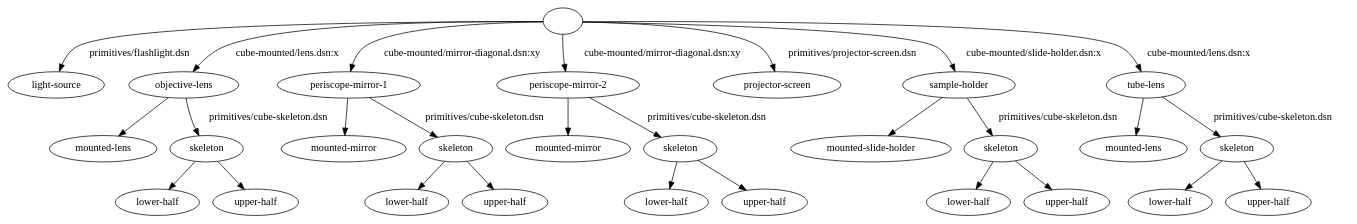
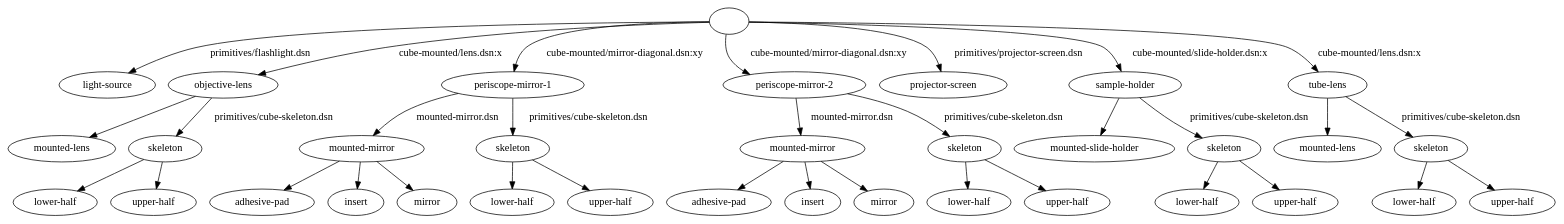
One commit to openUC2/optikit changed the diagram in examples/designs/microscopes/simple-rel-transl-anchors.dsn/_components-graph.dot. Above: the diagram before and after it, drawn with Graphviz. The commit also changed 77 other files, not shown here.

Commit message:
Decompose the diagonal mirror insert into its primitive components

```diff
--- a/examples/designs/microscopes/simple-rel-transl-anchors.dsn/_components-graph.dot
+++ b/examples/designs/microscopes/simple-rel-transl-anchors.dsn/_components-graph.dot
@@ -1,209 +1,253 @@
 strict digraph "" {
-	graph [bb="0,0,1484,286.6"];
+	graph [bb="0,0,1872.5,286.6"];
 	node [label="\N"];
 	edge [label="\E"];
 	""	[height=0.5,
-		pos="615.16,268.6",
+		pos="886.25,268.6",
 		width=0.75];
 	"light-source"	[height=0.5,
 		label="light-source",
-		pos="57.162,179.8",
+		pos="199.25,179.8",
 		width=1.5878];
 	"" -> "light-source"	[key=" -> light-source",
 		label="primitives/flashlight.dsn",
-		lp="149.92,224.2",
-		pos="e,60.603,198.24 587.94,267.41 485.06,266.49 123.74,261.21 81.668,232.6 73.48,227.03 67.955,217.96 64.259,208.96"];
+		lp="366.01,224.2",
+		pos="e,222.35,196.58 859,267.5 758.03,266.89 405.47,262.61 297.76,232.6 274.52,226.12 250.51,213.64 232.02,202.55"];
 	"objective-lens"	[height=0.5,
 		label="objective-lens",
-		pos="200.16,179.8",
+		pos="339.25,179.8",
 		width=1.8111];
 	"" -> "objective-lens"	[key=" -> objective-lens",
 		label="cube-mounted/lens.dsn:x",
-		lp="310.98,224.2",
-		pos="e,208.83,198.1 587.72,267.8 511.8,267.92 300.61,265.23 240.8,232.6 230.3,226.87 221.59,217.17 214.97,207.7"];
+		lp="572.07,224.2",
+		pos="e,376.11,195.08 858.93,267.14 795.56,265.65 633.9,259.3 501.89,232.6 462.23,224.58 418.6,210.37 386.52,198.87"];
 	"periscope-mirror-1"	[height=0.5,
 		label="periscope-mirror-1",
-		pos="379.16,179.8",
+		pos="624.25,179.8",
 		width=2.3324];
 	"" -> "periscope-mirror-1"	[key=" -> periscope-mirror-1",
 		label="cube-mounted/mirror-diagonal.dsn:xy",
-		lp="503.44,224.2",
-		pos="e,380.53,198.28 587.94,266.67 535.95,264.35 425.18,256.64 396.72,232.6 389.76,226.72 385.55,217.97 383.01,209.33"];
+		lp="771.53,224.2",
+		pos="e,633.2,198.08 859.3,265.8 807.74,261.97 697.35,251.74 664.81,232.6 654.58,226.58 645.97,216.92 639.36,207.56"];
 	"periscope-mirror-2"	[height=0.5,
 		label="periscope-mirror-2",
-		pos="629.16,179.8",
+		pos="946.25,179.8",
 		width=2.3324];
 	"" -> "periscope-mirror-2"	[key=" -> periscope-mirror-2",
 		label="cube-mounted/mirror-diagonal.dsn:xy",
-		lp="722.44,224.2",
-		pos="e,621.2,197.89 613.82,250.18 613.42,240.06 613.56,227.11 615.72,215.8 616.16,213.45 616.76,211.06 617.45,208.68"];
+		lp="993.53,224.2",
+		pos="e,907.09,196.11 882.4,250.63 880.9,239.93 880.77,226.23 886.81,215.8 889.7,210.81 893.6,206.46 898.04,202.68"];
 	"projector-screen"	[height=0.5,
 		label="projector-screen",
-		pos="851.16,179.8",
+		pos="1122.3,179.8",
 		width=2.0491];
 	"" -> "projector-screen"	[key=" -> projector-screen",
 		label="primitives/projector-screen.dsn",
-		lp="929.21,224.2",
-		pos="e,848.33,197.87 642.08,266.38 692.91,263.58 800.51,255.09 829.16,232.6 836.73,226.66 841.73,217.63 845.02,208.76"];
+		lp="1200.3,224.2",
+		pos="e,1119.4,197.87 913.17,266.38 964,263.58 1071.6,255.09 1100.3,232.6 1107.8,226.66 1112.8,217.63 1116.1,208.76"];
 	"sample-holder"	[height=0.5,
 		label="sample-holder",
-		pos="1049.2,179.8",
+		pos="1320.3,179.8",
 		width=1.841];
 	"" -> "sample-holder"	[key=" -> sample-holder",
 		label="cube-mounted/slide-holder.dsn:x",
-		lp="1127.7,224.2",
-		pos="e,1044.2,198.25 642.33,266.72 727.96,263.73 988.52,253.03 1020.2,232.6 1028.9,226.97 1035.2,217.77 1039.7,208.67"];
+		lp="1398.8,224.2",
+		pos="e,1315.3,198.25 913.42,266.72 999.06,263.73 1259.6,253.03 1291.3,232.6 1300,226.97 1306.3,217.77 1310.8,208.67"];
 	"tube-lens"	[height=0.5,
 		label="tube-lens",
-		pos="1257.2,179.8",
+		pos="1586.3,179.8",
 		width=1.2898];
 	"" -> "tube-lens"	[key=" -> tube-lens",
 		label="cube-mounted/lens.dsn:x",
-		lp="1310.9,224.2",
-		pos="e,1251.1,197.91 642.61,267.48 754.61,266.8 1173.6,262.27 1224.2,232.6 1233.7,227.03 1240.9,217.54 1246.1,208.19"];
+		lp="1602.3,224.2",
+		pos="e,1565.5,196.36 913.42,267.68 1016.6,267.72 1383.9,265.51 1495.3,232.6 1517,226.18 1539.1,213.75 1556.1,202.67"];
 	"objective-lens/mounted-lens"	[height=0.5,
 		label="mounted-lens",
-		pos="94.162,91",
+		pos="71.253,91",
 		width=1.7667];
 	"objective-lens" -> "objective-lens/mounted-lens"	[key="objective-lens -> objective-lens/mounted-lens",
 		label="",
-		pos="e,114.37,108.55 180.22,162.47 164.04,149.22 141.01,130.36 122.85,115.49"];
+		pos="e,112.15,105.25 297.97,165.43 250.91,150.19 173.93,125.26 122.93,108.74"];
 	"objective-lens/skeleton"	[height=0.5,
 		label=skeleton,
-		pos="219.16,91",
+		pos="196.25,91",
 		width=1.2005];
 	"objective-lens" -> "objective-lens/skeleton"	[key="objective-lens -> objective-lens/skeleton",
 		label="primitives/cube-skeleton.dsn",
-		lp="283.48,135.4",
-		pos="e,209.63,108.96 199.4,161.76 199.34,151.54 199.98,138.36 202.81,127 203.43,124.51 204.22,121.99 205.13,119.5"];
+		lp="358.58,135.4",
+		pos="e,218.95,106.8 311.3,163.22 300.77,157.25 288.72,150.31 277.9,143.8 261.38,133.86 243.25,122.41 228.28,112.81"];
 	"objective-lens/skeleton/lower-half"	[height=0.5,
 		label="lower-half",
-		pos="158.16,18",
+		pos="51.253,18",
 		width=1.4237];
 	"objective-lens/skeleton" -> "objective-lens/skeleton/lower-half"	[key="objective-lens/skeleton -> objective-lens/skeleton/lower-half",
 		label="",
-		pos="e,172.23,35.378 205.01,73.533 197.47,64.751 188.03,53.763 179.6,43.956"];
+		pos="e,80.395,33.269 168.98,76.645 146.87,65.82 115.42,50.419 90.586,38.259"];
 	"objective-lens/skeleton/upper-half"	[height=0.5,
 		label="upper-half",
-		pos="279.16,18",
+		pos="172.25,18",
 		width=1.4237];
 	"objective-lens/skeleton" -> "objective-lens/skeleton/upper-half"	[key="objective-lens/skeleton -> objective-lens/skeleton/upper-half",
 		label="",
-		pos="e,265.32,35.378 233.08,73.533 240.5,64.751 249.78,53.763 258.07,43.956"];
+		pos="e,178.01,36.029 190.44,72.813 187.79,64.964 184.58,55.47 181.6,46.656"];
 	"periscope-mirror-1/mounted-mirror"	[height=0.5,
 		label="mounted-mirror",
-		pos="361.16,91",
+		pos="429.25,91",
 		width=2.0199];
 	"periscope-mirror-1" -> "periscope-mirror-1/mounted-mirror"	[key="periscope-mirror-1 -> periscope-mirror-1/mounted-mirror",
-		label="",
-		pos="e,364.77,109.41 375.61,161.65 373.18,149.96 369.91,134.19 367.1,120.62"];
+		label="mounted-mirror.dsn",
+		lp="564.07,135.4",
+		pos="e,450.61,108.54 569.45,165.85 549.59,160.25 527.28,152.87 507.88,143.8 491.16,135.98 473.89,124.98 459.81,115.12"];
 	"periscope-mirror-1/skeleton"	[height=0.5,
 		label=skeleton,
-		pos="495.16,91",
+		pos="624.25,91",
 		width=1.2005];
 	"periscope-mirror-1" -> "periscope-mirror-1/skeleton"	[key="periscope-mirror-1 -> periscope-mirror-1/skeleton",
 		label="primitives/cube-skeleton.dsn",
-		lp="528.23,135.4",
-		pos="e,474.81,107.23 401.53,162.06 419.83,148.37 445.86,128.89 465.83,113.95"];
+		lp="704.93,135.4",
+		pos="e,624.25,109.41 624.25,161.65 624.25,149.96 624.25,134.19 624.25,120.62"];
+	"periscope-mirror-1/mounted-mirror/adhesive-pad"	[height=0.5,
+		label="adhesive-pad",
+		pos="303.25,18",
+		width=1.7217];
+	"periscope-mirror-1/mounted-mirror" -> "periscope-mirror-1/mounted-mirror/adhesive-pad"	[key="periscope-mirror-1/mounted-mirror -> periscope-mirror-1/mounted-mirror/adhesive-pad",
+		label="",
+		pos="e,330.57,34.393 400.98,74.066 383.14,64.016 359.9,50.923 340.57,40.025"];
+	"periscope-mirror-1/mounted-mirror/insert"	[height=0.5,
+		label=insert,
+		pos="415.25,18",
+		width=0.90253];
+	"periscope-mirror-1/mounted-mirror" -> "periscope-mirror-1/mounted-mirror/insert"	[key="periscope-mirror-1/mounted-mirror -> periscope-mirror-1/mounted-mirror/insert",
+		label="",
+		pos="e,418.61,36.029 425.86,72.813 424.35,65.138 422.53,55.891 420.82,47.244"];
+	"periscope-mirror-1/mounted-mirror/mirror"	[height=0.5,
+		label=mirror,
+		pos="501.25,18",
+		width=0.99186];
+	"periscope-mirror-1/mounted-mirror" -> "periscope-mirror-1/mounted-mirror/mirror"	[key="periscope-mirror-1/mounted-mirror -> periscope-mirror-1/mounted-mirror/mirror",
+		label="",
+		pos="e,485.79,34.253 446.32,73.174 455.67,63.947 467.42,52.368 477.64,42.286"];
 	"periscope-mirror-1/skeleton/lower-half"	[height=0.5,
 		label="lower-half",
-		pos="448.16,18",
+		pos="606.25,18",
 		width=1.4237];
 	"periscope-mirror-1/skeleton" -> "periscope-mirror-1/skeleton/lower-half"	[key="periscope-mirror-1/skeleton -> periscope-mirror-1/skeleton/lower-half",
 		label="",
-		pos="e,459.22,35.705 484.02,73.174 478.46,64.774 471.61,54.424 465.39,45.029"];
+		pos="e,610.57,36.029 619.9,72.813 617.93,65.051 615.55,55.681 613.34,46.95"];
 	"periscope-mirror-1/skeleton/upper-half"	[height=0.5,
 		label="upper-half",
-		pos="569.16,18",
+		pos="727.25,18",
 		width=1.4237];
 	"periscope-mirror-1/skeleton" -> "periscope-mirror-1/skeleton/upper-half"	[key="periscope-mirror-1/skeleton -> periscope-mirror-1/skeleton/upper-half",
 		label="",
-		pos="e,552.01,35.453 511.58,74.243 521.06,65.152 533.17,53.529 543.84,43.292"];
+		pos="e,704.87,34.429 645.6,75.289 660.08,65.306 679.47,51.938 695.72,40.734"];
 	"periscope-mirror-2/mounted-mirror"	[height=0.5,
 		label="mounted-mirror",
-		pos="629.16,91",
+		pos="967.25,91",
 		width=2.0199];
 	"periscope-mirror-2" -> "periscope-mirror-2/mounted-mirror"	[key="periscope-mirror-2 -> periscope-mirror-2/mounted-mirror",
-		label="",
-		pos="e,629.16,109.41 629.16,161.65 629.16,149.96 629.16,134.19 629.16,120.62"];
+		label="mounted-mirror.dsn",
+		lp="1014.8,135.4",
+		pos="e,963.04,109.41 950.4,161.65 953.26,149.84 957.12,133.87 960.43,120.21"];
 	"periscope-mirror-2/skeleton"	[height=0.5,
 		label=skeleton,
-		pos="763.16,91",
+		pos="1151.3,91",
 		width=1.2005];
 	"periscope-mirror-2" -> "periscope-mirror-2/skeleton"	[key="periscope-mirror-2 -> periscope-mirror-2/skeleton",
 		label="primitives/cube-skeleton.dsn",
-		lp="788.84,135.4",
-		pos="e,740.41,106.73 654.68,162.27 676.34,148.24 707.54,128.03 730.92,112.88"];
+		lp="1184.5,135.4",
+		pos="e,1132.3,107.55 1006.5,166.87 1028.7,161.34 1053.6,153.75 1075.3,143.8 1092.2,135.98 1109.6,124.49 1123.4,114.32"];
+	"periscope-mirror-2/mounted-mirror/adhesive-pad"	[height=0.5,
+		label="adhesive-pad",
+		pos="858.25,18",
+		width=1.7217];
+	"periscope-mirror-2/mounted-mirror" -> "periscope-mirror-2/mounted-mirror/adhesive-pad"	[key="periscope-mirror-2/mounted-mirror -> periscope-mirror-2/mounted-mirror/adhesive-pad",
+		label="",
+		pos="e,882.77,34.968 942.25,73.711 927.46,64.082 908.54,51.755 892.4,41.241"];
+	"periscope-mirror-2/mounted-mirror/insert"	[height=0.5,
+		label=insert,
+		pos="970.25,18",
+		width=0.90253];
+	"periscope-mirror-2/mounted-mirror" -> "periscope-mirror-2/mounted-mirror/insert"	[key="periscope-mirror-2/mounted-mirror -> periscope-mirror-2/mounted-mirror/insert",
+		label="",
+		pos="e,969.53,36.029 967.98,72.813 968.3,65.138 968.69,55.891 969.06,47.244"];
+	"periscope-mirror-2/mounted-mirror/mirror"	[height=0.5,
+		label=mirror,
+		pos="1056.3,18",
+		width=0.99186];
+	"periscope-mirror-2/mounted-mirror" -> "periscope-mirror-2/mounted-mirror/mirror"	[key="periscope-mirror-2/mounted-mirror -> periscope-mirror-2/mounted-mirror/mirror",
+		label="",
+		pos="e,1037.8,33.69 987.9,73.533 1000.2,63.747 1015.9,51.222 1029.1,40.644"];
 	"periscope-mirror-2/skeleton/lower-half"	[height=0.5,
 		label="lower-half",
-		pos="748.16,18",
+		pos="1161.3,18",
 		width=1.4237];
 	"periscope-mirror-2/skeleton" -> "periscope-mirror-2/skeleton/lower-half"	[key="periscope-mirror-2/skeleton -> periscope-mirror-2/skeleton/lower-half",
 		label="",
-		pos="e,751.76,36.029 759.53,72.813 757.91,65.138 755.96,55.891 754.13,47.244"];
+		pos="e,1158.9,36.029 1153.7,72.813 1154.8,65.138 1156.1,55.891 1157.3,47.244"];
 	"periscope-mirror-2/skeleton/upper-half"	[height=0.5,
 		label="upper-half",
-		pos="869.16,18",
+		pos="1282.3,18",
 		width=1.4237];
 	"periscope-mirror-2/skeleton" -> "periscope-mirror-2/skeleton/upper-half"	[key="periscope-mirror-2/skeleton -> periscope-mirror-2/skeleton/upper-half",
 		label="",
-		pos="e,846.24,34.355 785.38,75.116 800.3,65.122 820.2,51.793 836.86,40.633"];
+		pos="e,1255.4,33.555 1176.8,76.142 1196.4,65.551 1223.6,50.804 1245.5,38.945"];
 	"sample-holder/mounted-slide-holder"	[height=0.5,
 		label="mounted-slide-holder",
-		pos="955.16,91",
+		pos="1306.3,91",
 		width=2.6159];
 	"sample-holder" -> "sample-holder/mounted-slide-holder"	[key="sample-holder -> sample-holder/mounted-slide-holder",
 		label="",
-		pos="e,973.55,108.98 1031,162.06 1017.1,149.18 997.58,131.17 981.85,116.64"];
+		pos="e,1309.1,109.41 1317.5,161.65 1315.6,149.96 1313.1,134.19 1310.9,120.62"];
 	"sample-holder/skeleton"	[height=0.5,
 		label=skeleton,
-		pos="1110.2,91",
+		pos="1461.3,91",
 		width=1.2005];
 	"sample-holder" -> "sample-holder/skeleton"	[key="sample-holder -> sample-holder/skeleton",
 		label="primitives/cube-skeleton.dsn",
-		lp="1164.5,135.4",
-		pos="e,1097.4,108.59 1060.2,161.84 1066.9,151.65 1075.7,138.47 1083.8,127 1086,123.96 1088.3,120.8 1090.6,117.68"];
+		lp="1484.1,135.4",
+		pos="e,1437.9,106.38 1346.1,162.88 1369.2,148.68 1403.1,127.83 1428.1,112.41"];
 	"sample-holder/skeleton/lower-half"	[height=0.5,
 		label="lower-half",
-		pos="997.16,18",
+		pos="1437.3,18",
 		width=1.4237];
 	"sample-holder/skeleton" -> "sample-holder/skeleton/lower-half"	[key="sample-holder/skeleton -> sample-holder/skeleton/lower-half",
 		label="",
-		pos="e,1021.4,34.256 1087,75.461 1070.9,65.328 1049.1,51.647 1031,40.289"];
+		pos="e,1443,36.029 1455.4,72.813 1452.8,64.964 1449.6,55.47 1446.6,46.656"];
 	"sample-holder/skeleton/upper-half"	[height=0.5,
 		label="upper-half",
-		pos="1118.2,18",
+		pos="1558.3,18",
 		width=1.4237];
 	"sample-holder/skeleton" -> "sample-holder/skeleton/upper-half"	[key="sample-holder/skeleton -> sample-holder/skeleton/upper-half",
 		label="",
-		pos="e,1116.2,36.029 1112.1,72.813 1113,65.138 1114,55.891 1115,47.244"];
+		pos="e,1536.7,34.774 1481.8,74.943 1495.2,65.167 1512.8,52.254 1527.8,41.297"];
 	"tube-lens/mounted-lens"	[height=0.5,
 		label="mounted-lens",
-		pos="1243.2,91",
+		pos="1586.3,91",
 		width=1.7667];
 	"tube-lens" -> "tube-lens/mounted-lens"	[key="tube-lens -> tube-lens/mounted-lens",
 		label="",
-		pos="e,1246,109.41 1254.4,161.65 1252.5,149.96 1250,134.19 1247.8,120.62"];
+		pos="e,1586.3,109.41 1586.3,161.65 1586.3,149.96 1586.3,134.19 1586.3,120.62"];
 	"tube-lens/skeleton"	[height=0.5,
 		label=skeleton,
-		pos="1368.2,91",
+		pos="1711.3,91",
 		width=1.2005];
 	"tube-lens" -> "tube-lens/skeleton"	[key="tube-lens -> tube-lens/skeleton",
 		label="primitives/cube-skeleton.dsn",
-		lp="1403.3,135.4",
-		pos="e,1348.5,107.38 1277,163.28 1294.4,149.64 1320,129.63 1339.7,114.28"];
+		lp="1740.6,135.4",
+		pos="e,1689.8,106.88 1608.3,163.48 1628.3,149.58 1658.1,128.93 1680.4,113.4"];
 	"tube-lens/skeleton/lower-half"	[height=0.5,
 		label="lower-half",
-		pos="1307.2,18",
+		pos="1700.3,18",
 		width=1.4237];
 	"tube-lens/skeleton" -> "tube-lens/skeleton/lower-half"	[key="tube-lens/skeleton -> tube-lens/skeleton/lower-half",
 		label="",
-		pos="e,1321.2,35.378 1354,73.533 1346.5,64.751 1337,53.763 1328.6,43.956"];
+		pos="e,1702.9,36.029 1708.6,72.813 1707.4,65.138 1706,55.891 1704.6,47.244"];
 	"tube-lens/skeleton/upper-half"	[height=0.5,
 		label="upper-half",
-		pos="1428.2,18",
+		pos="1821.3,18",
 		width=1.4237];
 	"tube-lens/skeleton" -> "tube-lens/skeleton/upper-half"	[key="tube-lens/skeleton -> tube-lens/skeleton/upper-half",
 		label="",
-		pos="e,1414.3,35.378 1382.1,73.533 1389.5,64.751 1398.8,53.763 1407.1,43.956"];
+		pos="e,1797.7,34.182 1734,75.289 1749.8,65.144 1770.9,51.503 1788.4,40.191"];
 }
```
